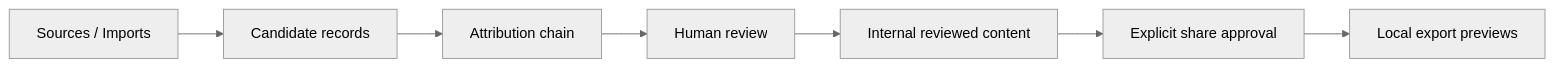
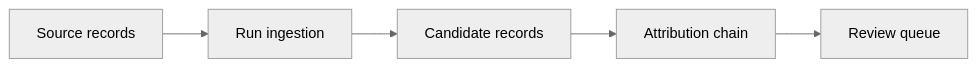
One commit to GJvManen/legolens-core changed the first of 4 diagrams in README.md. Above: the diagram before and after it, drawn with Mermaid (neutral theme). The commit also changed other lines of this file, not shown here.

````diff
--- a/README.md
+++ b/README.md
@@ -33,9 +35,7 @@
 ```mermaid
 flowchart LR
-    S[Sources / Imports] --> C[Candidate records]
+    S[Source records] --> R[Run ingestion]
+    R --> C[Candidate records]
     C --> A[Attribution chain]
-    A --> R[Human review]
-    R --> I[Internal reviewed content]
-    I --> P[Explicit share approval]
-    P --> E[Local export previews]
+    A --> Q[Review queue]
 ```
````
